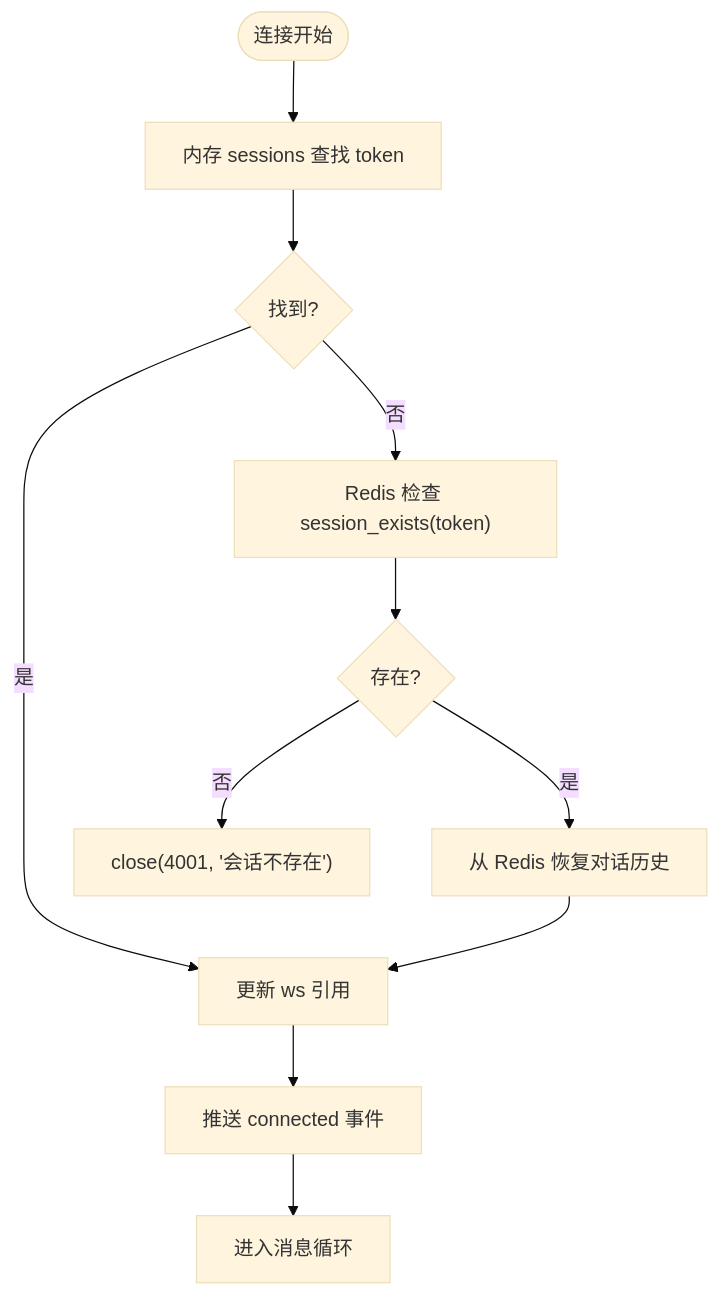
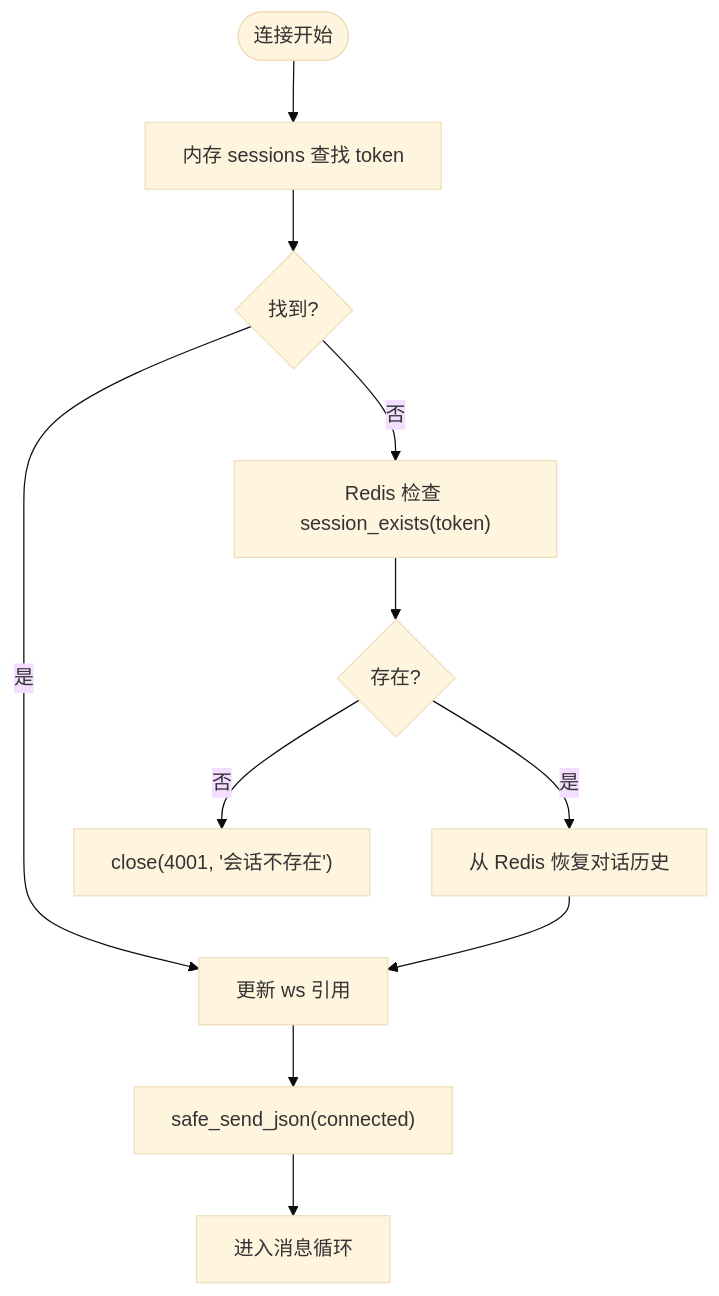
One commit to leo21cn/real-time-talk changed the third of 7 diagrams in .qoder/repowiki/zh/content/后端服务/WebSocket 通信协议.md. Above: the diagram before and after it, drawn with Mermaid (base theme). The commit also changed other lines of this file and 3 other files, not shown here.

````diff
--- a/.qoder/repowiki/zh/content/后端服务/WebSocket 通信协议.md
+++ b/.qoder/repowiki/zh/content/后端服务/WebSocket 通信协议.md
@@ -202,13 +225,13 @@
 ```mermaid
 flowchart TD
 Start(["连接开始"]) --> CheckMem["内存 sessions 查找 token"]
 CheckMem --> Found{"找到?"}
 Found --> |是| UpdateRef["更新 ws 引用"]
 Found --> |否| CheckRedis["Redis 检查 session_exists(token)"]
 CheckRedis --> Exists{"存在?"}
 Exists --> |否| CloseErr["close(4001, '会话不存在')"]
 Exists --> |是| Restore["从 Redis 恢复对话历史"]
 Restore --> UpdateRef
-UpdateRef --> SendConnected["推送 connected 事件"]
+UpdateRef --> SendConnected["safe_send_json(connected)"]
 SendConnected --> Loop["进入消息循环"]
 ```
````
